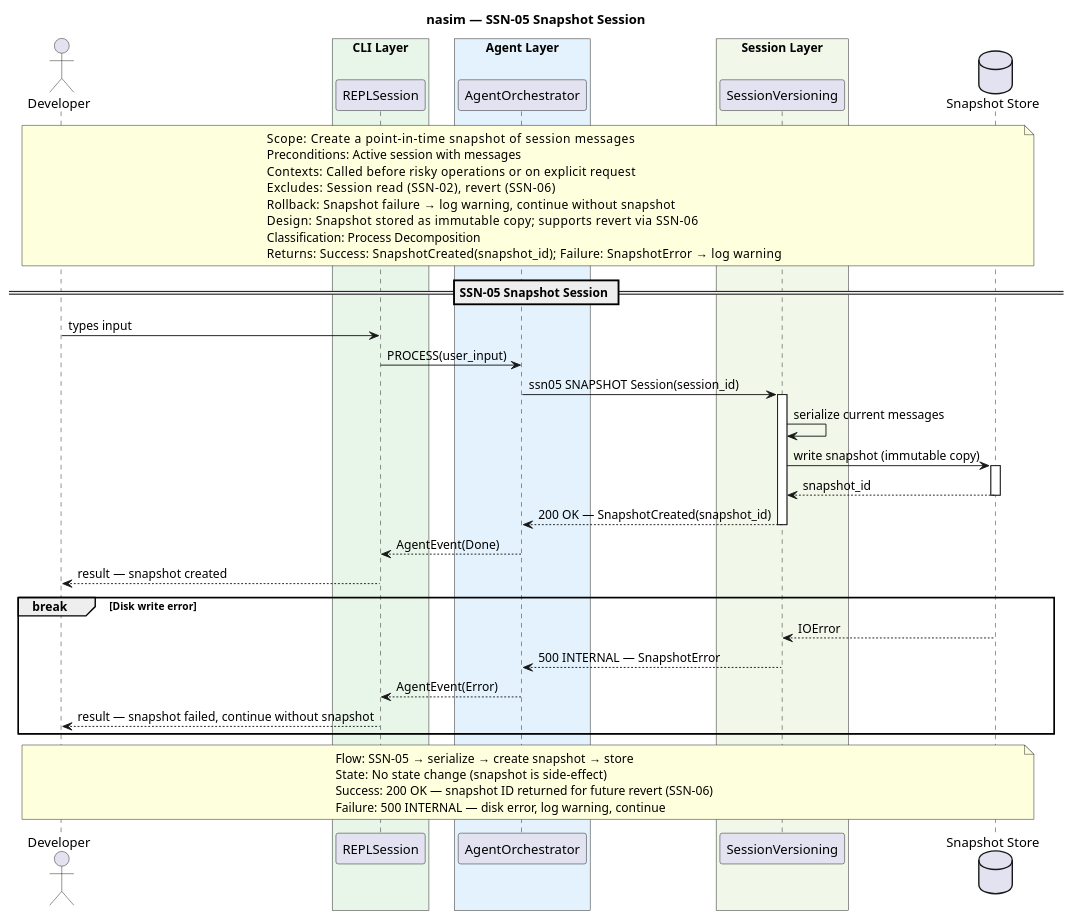
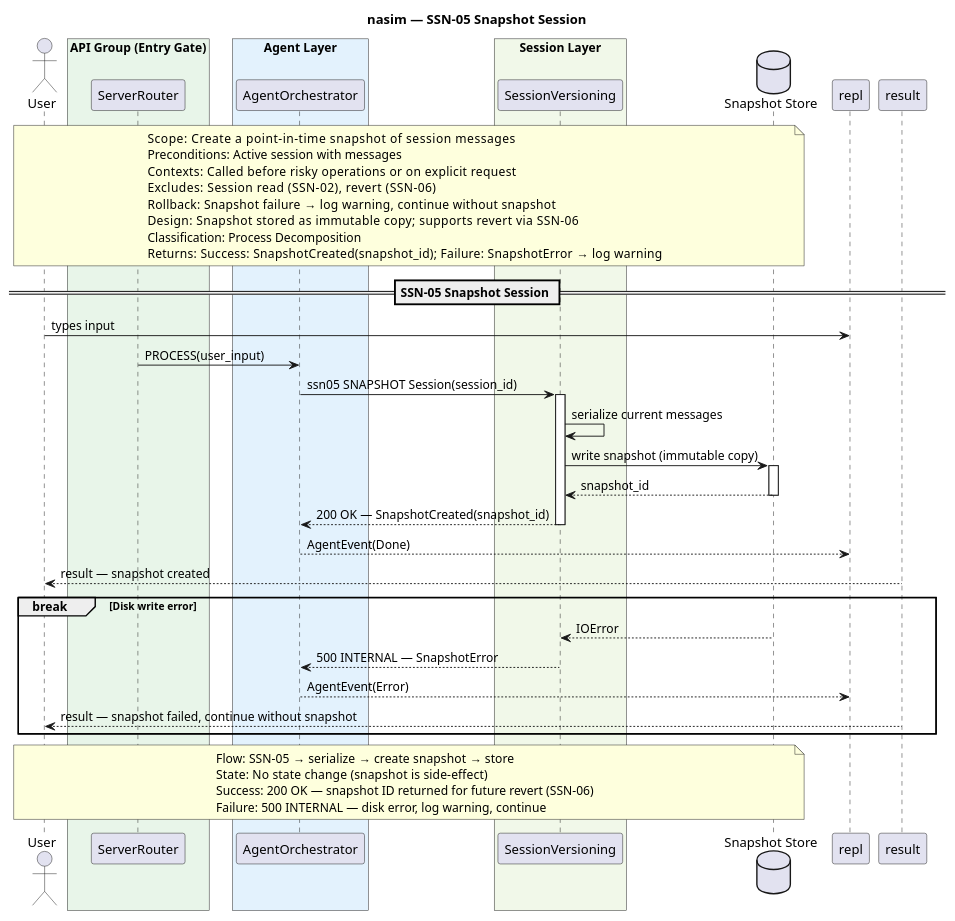
One commit to salimnamvar/nasim changed the diagram in docs/SQ/SSN/sq_ssn05_snapshot_session.puml. Above: the diagram before and after it, drawn with PlantUML. The commit also changed 163 other files, not shown here.

First line of the commit message:
docs: Refactor UC diagrams and documentation for API-First transformation

```diff
--- a/docs/SQ/SSN/sq_ssn05_snapshot_session.puml
+++ b/docs/SQ/SSN/sq_ssn05_snapshot_session.puml
@@ -1,72 +1,72 @@
 @startuml sq_ssn05_snapshot_session
 ' ============================================================
 ' Title:     SSN-05 — Snapshot Session
 ' Boundary:  nasim code agent CLI
 ' Purpose:   Create a point-in-time snapshot of session state
 ' Milestone: v1.0
-' Version:   1.0.0
-' Source:    docs/UC/README.md
+' Version:   7.0.0
+' Source:    CAR refinement loop — API-First transformation
 ' Review:    docs/SQ/README.md
 ' ============================================================
 
 title nasim — SSN-05 Snapshot Session
 
-actor "Developer" as user
+actor "User" as user
 
-box "CLI Layer" #E8F5E9
-  participant "REPLSession" as repl
+box "API Group (Entry Gate)" #E8F5E9
+  participant "ServerRouter" as router
 end box
 box "Agent Layer" #E3F2FD
   participant "AgentOrchestrator" as agent
 end box
 box "Session Layer" #F1F8E9
   participant "SessionVersioning" as ver
 end box
 database "Snapshot Store" as snap
 
 note over user, snap
   Scope:          Create a point-in-time snapshot of session messages
   Preconditions:  Active session with messages
   Contexts:       Called before risky operations or on explicit request
   Excludes:       Session read (SSN-02), revert (SSN-06)
   Rollback:       Snapshot failure → log warning, continue without snapshot
   Design:         Snapshot stored as immutable copy; supports revert via SSN-06
   Classification: Process Decomposition
   Returns:        Success: SnapshotCreated(snapshot_id); Failure: SnapshotError → log warning
 end note
 
 == SSN-05 Snapshot Session ==
 
 user -> repl : types input
-repl -> agent : PROCESS(user_input)
+router -> agent : PROCESS(user_input)
 
 agent -> ver : ssn05 SNAPSHOT Session(session_id)
 activate ver
 
 ver -> ver : serialize current messages
 ver -> snap : write snapshot (immutable copy)
 activate snap
 snap --> ver : snapshot_id
 deactivate snap
 
 ver --> agent : 200 OK — SnapshotCreated(snapshot_id)
 deactivate ver
 
 agent --> repl : AgentEvent(Done)
-repl --> user : result — snapshot created
+result --> user : result — snapshot created
 
 break Disk write error
     snap --> ver : IOError
     ver --> agent : 500 INTERNAL — SnapshotError
     agent --> repl : AgentEvent(Error)
-    repl --> user : result — snapshot failed, continue without snapshot
+    result --> user : result — snapshot failed, continue without snapshot
 end
 
 note over user, snap
   Flow:    SSN-05 → serialize → create snapshot → store
   State:   No state change (snapshot is side-effect)
   Success: 200 OK — snapshot ID returned for future revert (SSN-06)
   Failure: 500 INTERNAL — disk error, log warning, continue
 end note
 
 @enduml
```
